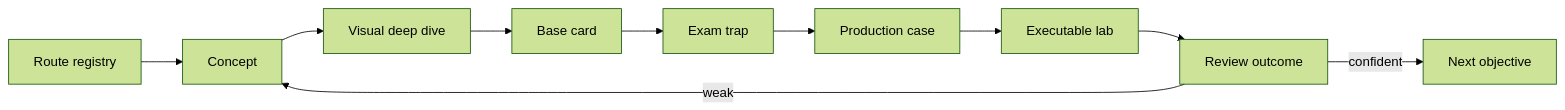
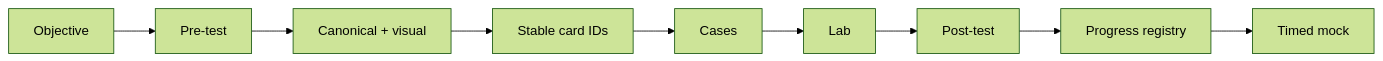
The diagram in 30_CERTIFICATIONS/Certification MOC.md (alimbetov/obsidian), drawn with Mermaid (forest theme) before and after one commit. The commit also changed other lines of this file, not shown here.

````diff
--- a/30_CERTIFICATIONS/Certification MOC.md
+++ b/30_CERTIFICATIONS/Certification MOC.md
@@ -45,12 +23,11 @@
 ```mermaid
 flowchart LR
-    R["Route registry"] --> C["Concept"]
-    C --> V["Visual deep dive"]
-    V --> Q["Base card"]
-    Q --> T["Exam trap"]
-    T --> P["Production case"]
-    P --> L["Executable lab"]
-    L --> O["Review outcome"]
-    O -->|"weak"| C
-    O -->|"confident"| N["Next objective"]
+    OBJ["Objective"] --> PRE["Pre-test"]
+    PRE --> CONCEPT["Canonical + visual"]
+    CONCEPT --> CARD["Stable card IDs"]
+    CARD --> CASE["Cases"]
+    CASE --> LAB["Lab"]
+    LAB --> POST["Post-test"]
+    POST --> PROGRESS["Progress registry"]
+    PROGRESS --> MOCK["Timed mock"]
 ```
````
